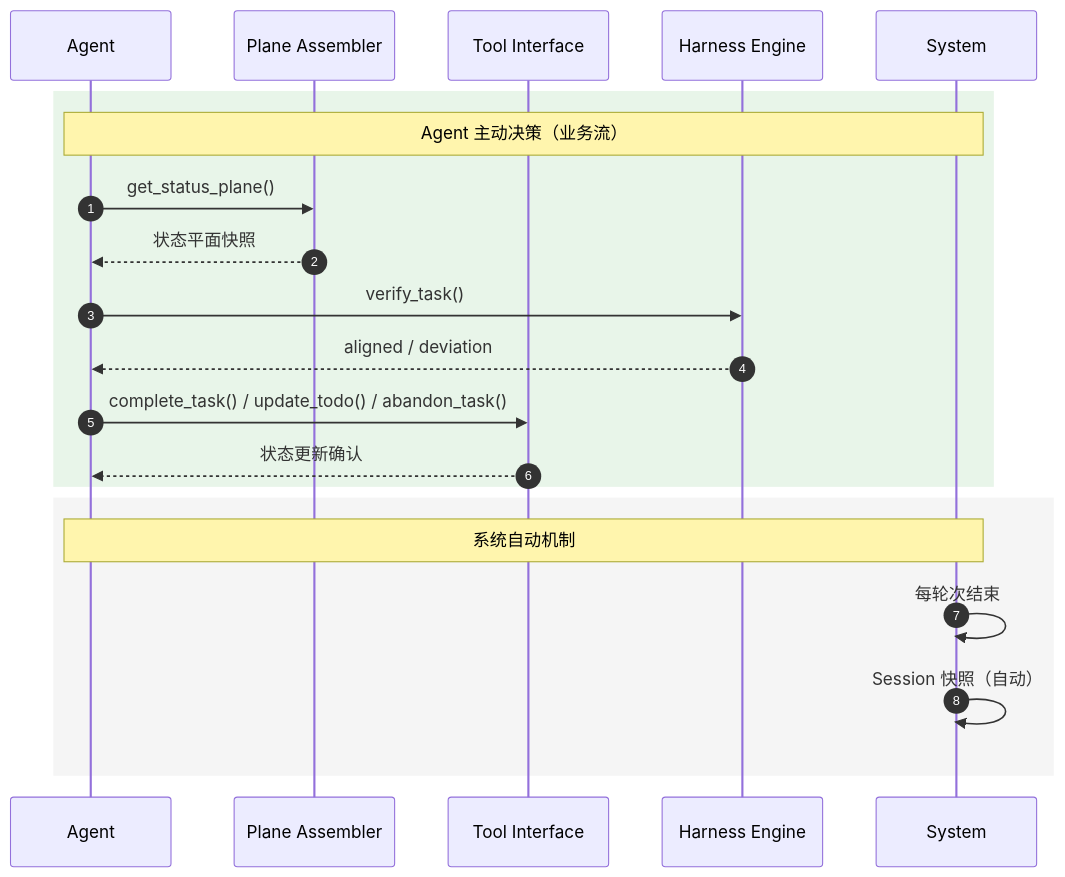
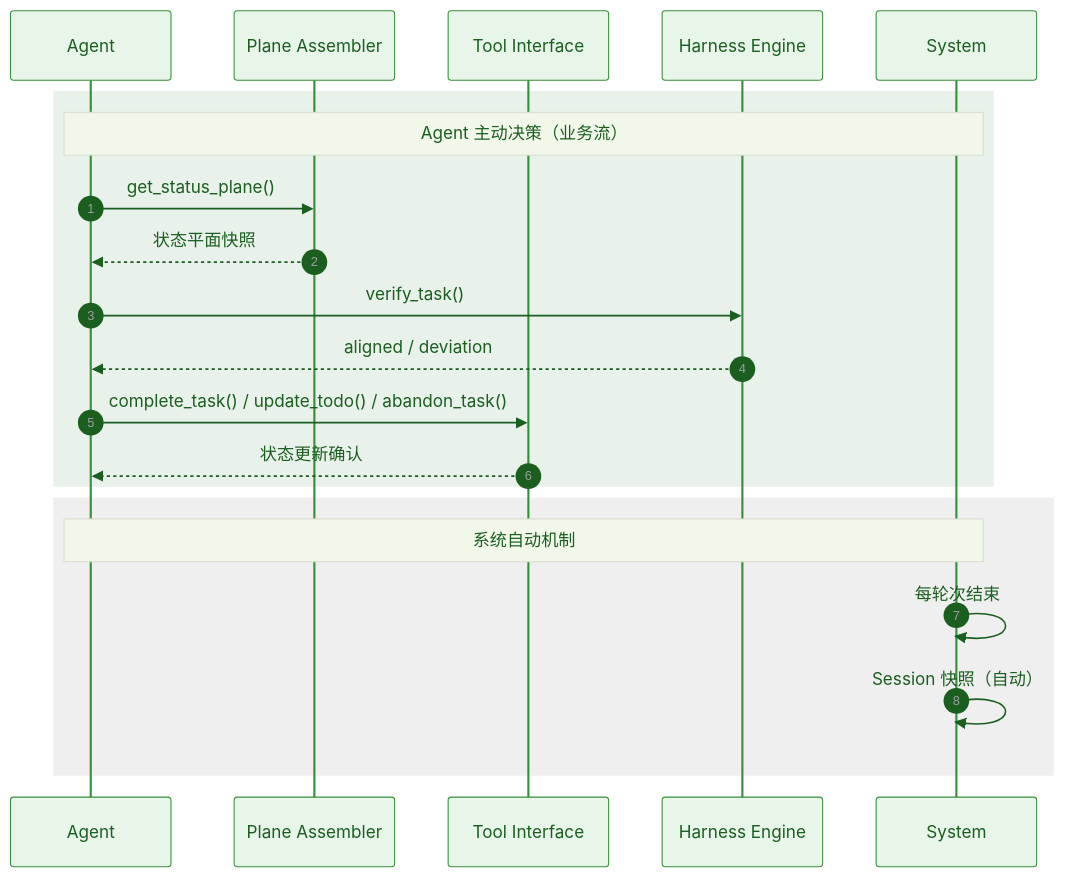
Before and after one commit to Lazyn0tBug/mem0ress: the fourth of 4 diagrams in docs/spec.md, drawn with Mermaid. The commit also changed other lines of this file, not shown here.

````diff
--- a/docs/spec.md
+++ b/docs/spec.md
@@ -417,26 +425,27 @@
 ```mermaid
 %% label：Agent 驱动的业务闭环
+%%{ init: { 'theme': 'base', 'themeVariables': { 'primaryColor': '#e8f5e9', 'primaryTextColor': '#1b5e20', 'primaryBorderColor': '#388e3c', 'lineColor': '#616161', 'noteBkgColor': '#f1f8e9', 'noteTextColor': '#1b5e20' } } }%%
 sequenceDiagram
     autonumber
     participant Agent
     participant PA as Plane Assembler
     participant TI as Tool Interface
     participant HE as Harness Engine
     participant System
 
-    rect rgb(232, 245, 233)
+    rect rgba(46, 125, 50, 0.1)
         Note over Agent,System: Agent 主动决策（业务流）
         Agent->>PA: get_status_plane()
         PA-->>Agent: 状态平面快照
         Agent->>HE: verify_task()
         HE-->>Agent: aligned / deviation
         Agent->>TI: complete_task() / update_todo() / abandon_task()
         TI-->>Agent: 状态更新确认
     end
 
-    rect rgb(245, 245, 245)
+    rect rgba(100, 100, 100, 0.1)
         Note over Agent,System: 系统自动机制
         System->>System: 每轮次结束
         System->>System: Session 快照（自动）
     end
 ```
````
